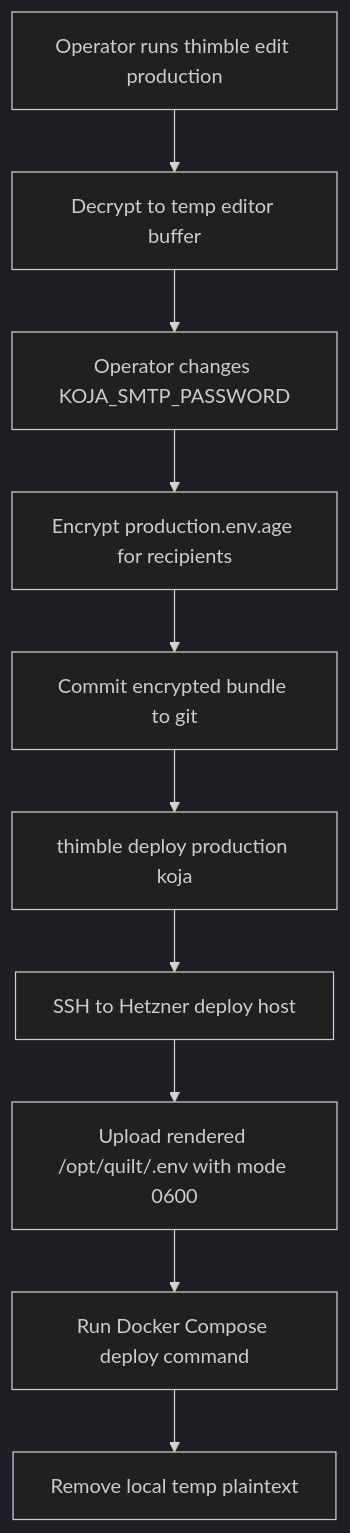
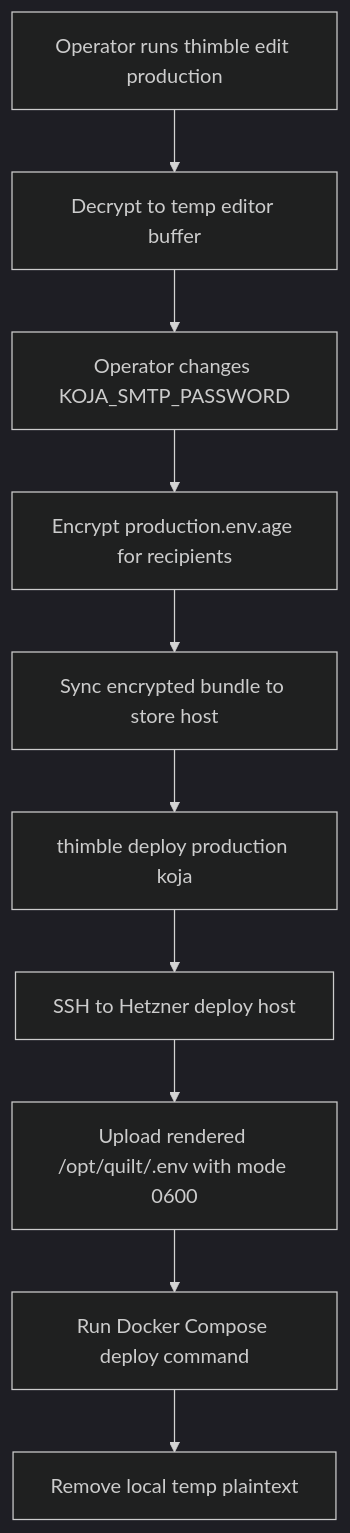
Before and after one commit to cartine/thimble: the diagram in thimble.md, drawn with Mermaid (dark theme). The commit also changed other lines of this file and 7 other files, not shown here.

````diff
--- a/thimble.md
+++ b/thimble.md
@@ -131,12 +133,12 @@
 ```mermaid
 flowchart TD
     A["Operator runs thimble edit production"] --> B["Decrypt to temp editor buffer"]
     B --> C["Operator changes KOJA_SMTP_PASSWORD"]
     C --> D["Encrypt production.env.age for recipients"]
-    D --> E["Commit encrypted bundle to git"]
+    D --> E["Sync encrypted bundle to store host"]
     E --> F["thimble deploy production koja"]
     F --> G["SSH to Hetzner deploy host"]
     G --> H["Upload rendered /opt/quilt/.env with mode 0600"]
     H --> I["Run Docker Compose deploy command"]
     I --> J["Remove local temp plaintext"]
 ```
````
